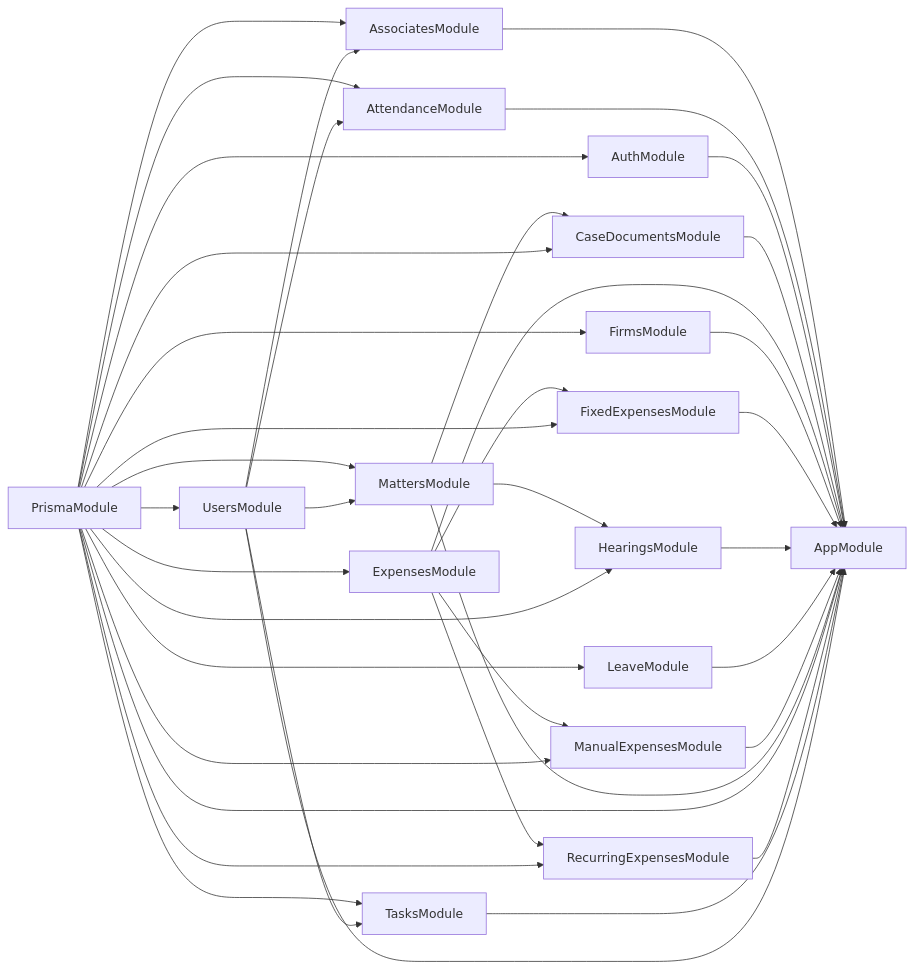
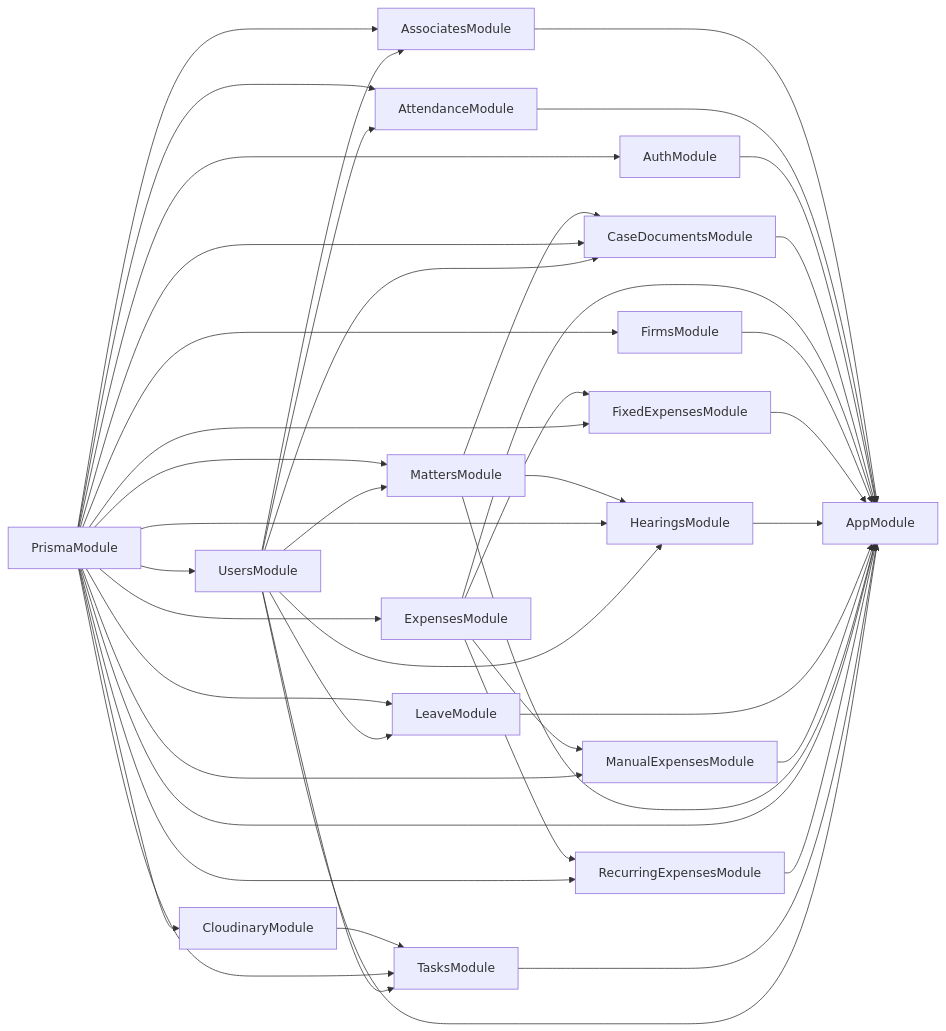
One commit to zas512/LGA changed the diagram in apps/api/deps.mermaid. Above: the diagram before and after it, drawn with Mermaid. The commit also changed 42 other files, not shown here.

```diff
--- a/apps/api/deps.mermaid
+++ b/apps/api/deps.mermaid
@@ -1,39 +1,44 @@
 graph LR
   AssociatesModule --> AppModule
   AttendanceModule --> AppModule
   AuthModule --> AppModule
   CaseDocumentsModule --> AppModule
+  CloudinaryModule --> TasksModule
   ExpensesModule --> AppModule
   ExpensesModule --> FixedExpensesModule
   ExpensesModule --> ManualExpensesModule
   ExpensesModule --> RecurringExpensesModule
   FirmsModule --> AppModule
   FixedExpensesModule --> AppModule
   HearingsModule --> AppModule
   LeaveModule --> AppModule
   ManualExpensesModule --> AppModule
   MattersModule --> AppModule
   MattersModule --> CaseDocumentsModule
   MattersModule --> HearingsModule
   PrismaModule --> AppModule
   PrismaModule --> AssociatesModule
   PrismaModule --> AttendanceModule
   PrismaModule --> AuthModule
   PrismaModule --> CaseDocumentsModule
+  PrismaModule --> CloudinaryModule
   PrismaModule --> ExpensesModule
   PrismaModule --> FirmsModule
   PrismaModule --> FixedExpensesModule
   PrismaModule --> HearingsModule
   PrismaModule --> LeaveModule
   PrismaModule --> ManualExpensesModule
   PrismaModule --> MattersModule
   PrismaModule --> RecurringExpensesModule
   PrismaModule --> TasksModule
   PrismaModule --> UsersModule
   RecurringExpensesModule --> AppModule
   TasksModule --> AppModule
   UsersModule --> AppModule
   UsersModule --> AssociatesModule
   UsersModule --> AttendanceModule
+  UsersModule --> CaseDocumentsModule
+  UsersModule --> HearingsModule
+  UsersModule --> LeaveModule
   UsersModule --> MattersModule
   UsersModule --> TasksModule
```
